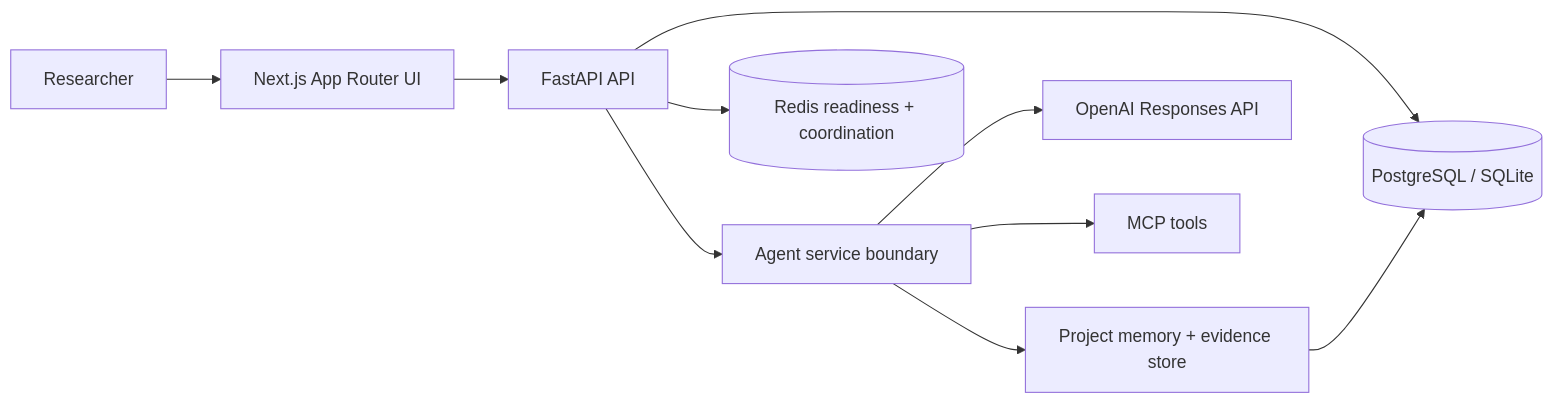
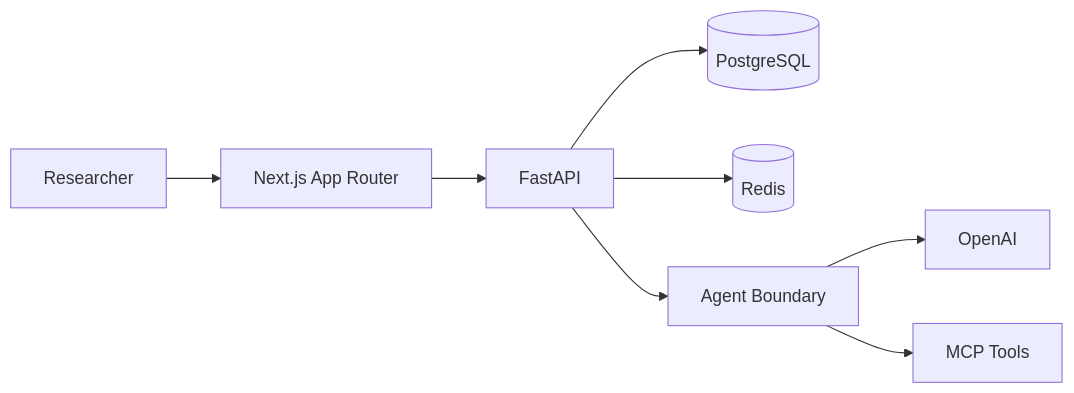
One commit to shafayatsaad/DiscoveryOS changed the diagram in README.md. Above: the diagram before and after it, drawn with Mermaid. The commit also changed other lines of this file, not shown here.

````diff
--- a/README.md
+++ b/README.md
@@ -34,12 +35,10 @@
 ```mermaid
 flowchart LR
-  User["Researcher"] --> Web["Next.js App Router UI"]
-  Web --> API["FastAPI API"]
-  API --> DB[("PostgreSQL / SQLite")]
-  API --> Redis[("Redis readiness + coordination")]
-  API --> Agents["Agent service boundary"]
-  Agents --> OpenAI["OpenAI Responses API"]
-  Agents --> MCP["MCP tools"]
-  Agents --> Memory["Project memory + evidence store"]
-  Memory --> DB
+  Researcher["Researcher"] --> Web["Next.js App Router"]
+  Web --> API["FastAPI"]
+  API --> Postgres[("PostgreSQL")]
+  API --> Redis[("Redis")]
+  API --> Agents["Agent Boundary"]
+  Agents --> OpenAI["OpenAI"]
+  Agents --> MCP["MCP Tools"]
 ```
````
